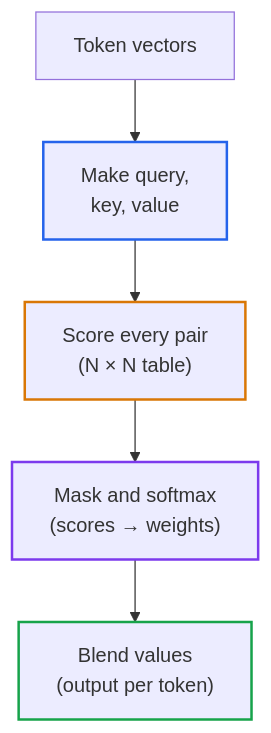
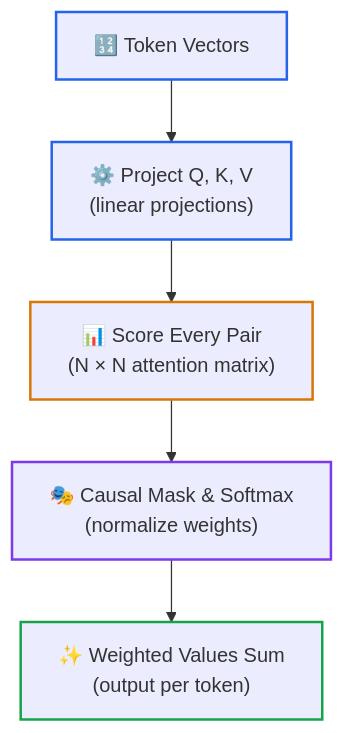
The second of 2 diagrams in 00-foundations-and-token-mechanics/02-transformer-and-hardware-physics.md (dip4k/senior-engineer-to-ai-engineer-roadmap), drawn with Mermaid before and after one commit. The commit also changed other lines of this file and 39 other files, not shown here.

First line of the commit message:
feat(curriculum): upgrade mermaid diagrams with unicode icons & codify anti-bloat layout rules

````diff
--- a/00-foundations-and-token-mechanics/02-transformer-and-hardware-physics.md
+++ b/00-foundations-and-token-mechanics/02-transformer-and-hardware-physics.md
@@ -126,12 +126,13 @@
 ```mermaid
 flowchart TD
-    X["Token vectors"] --> QKV["Make query,<br>key, value"]
-    QKV --> S["Score every pair<br>(N × N table)"]
-    S --> W["Mask and softmax<br>(scores → weights)"]
-    W --> O["Blend values<br>(output per token)"]
+    X["🔢 Token Vectors"] --> QKV["⚙️ Project Q, K, V<br>(linear projections)"]
+    QKV --> S["📊 Score Every Pair<br>(N × N attention matrix)"]
+    S --> W["🎭 Causal Mask & Softmax<br>(normalize weights)"]
+    W --> O["✨ Weighted Values Sum<br>(output per token)"]
 
+    style X stroke:#2563eb,stroke-width:2px
     style QKV stroke:#2563eb,stroke-width:2px
     style S stroke:#d97706,stroke-width:2px
     style W stroke:#7c3aed,stroke-width:2px
     style O stroke:#16a34a,stroke-width:2px
 ```
````
